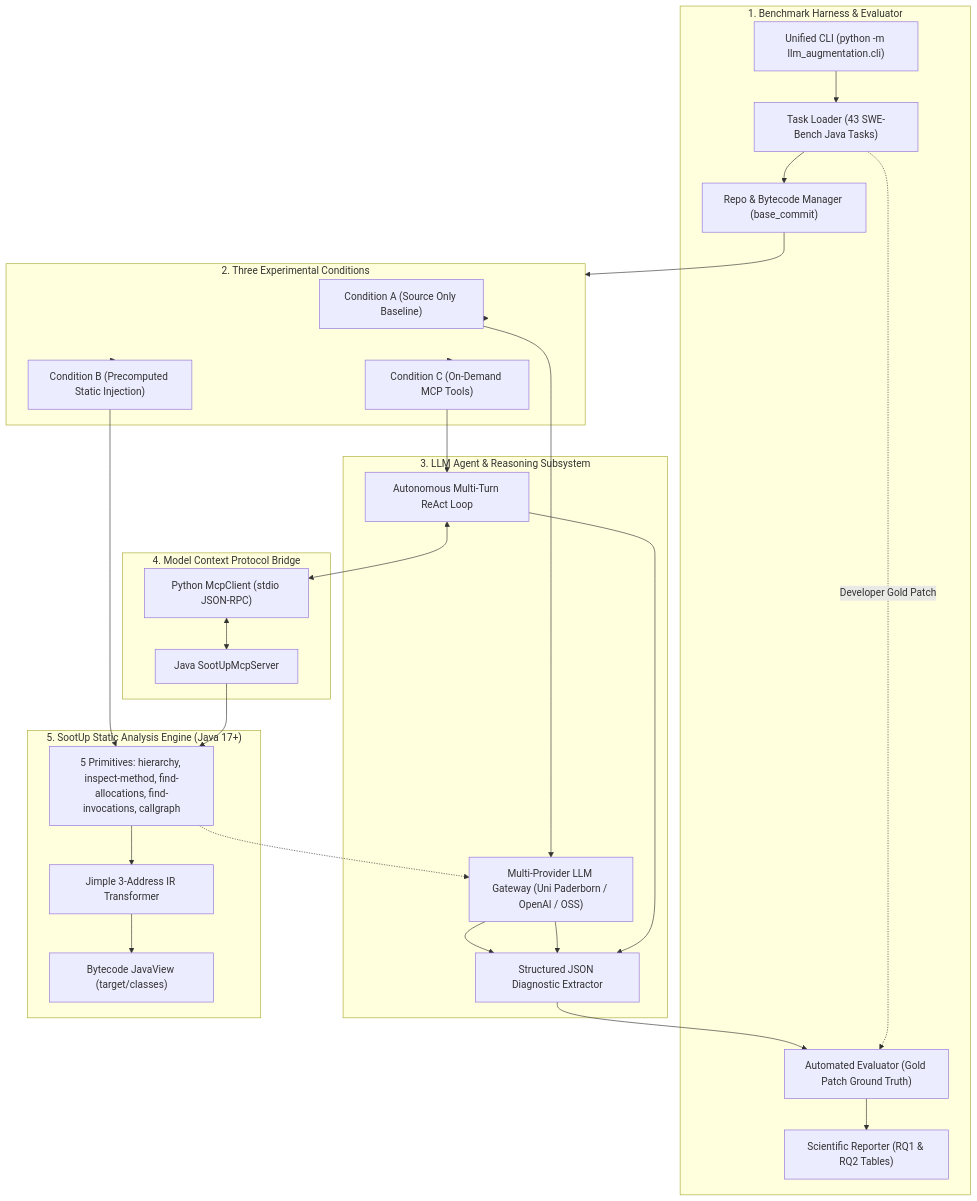
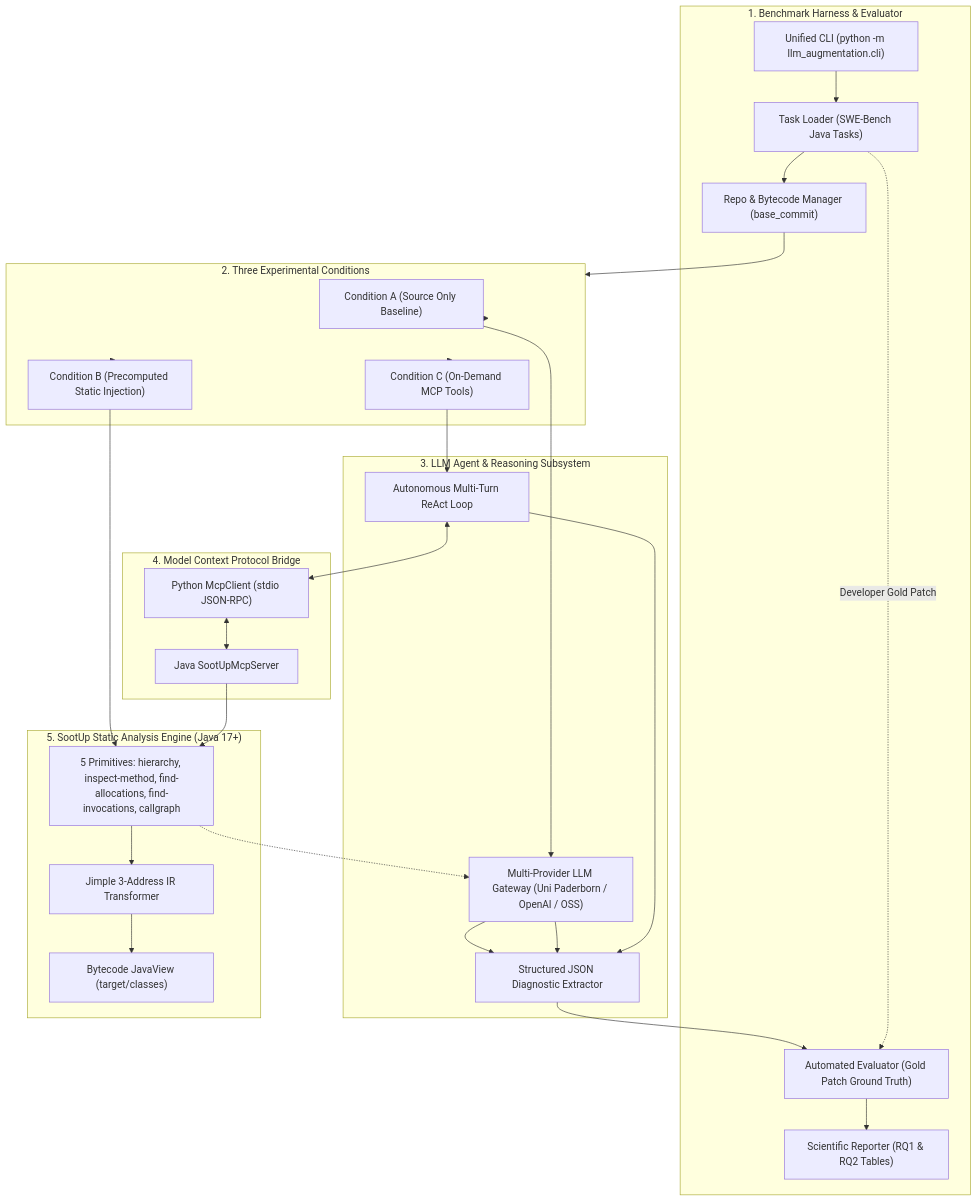
The diagram in README.md (theravirai/llm-augmentation), drawn with Mermaid before and after one commit. The commit also changed 1 other file, not shown here.

Commit message:
fix(repo): prioritize compiled workspace in RepoManager discovery
- Reorder KNOWN_WORKSPACE_ROOTS to prioritize swebench-java-evaluation/workspace
- Update task loader documentation in README

````diff
--- a/README.md
+++ b/README.md
@@ -17,49 +17,49 @@
 ```mermaid
 graph TB
     subgraph Benchmark_Harness["1. Benchmark Harness & Evaluator"]
         CLI["Unified CLI (python -m llm_augmentation.cli)"]
-        DatasetLoader["Task Loader (43 SWE-Bench Java Tasks)"]
+        DatasetLoader["Task Loader (SWE-Bench Java Tasks)"]
         RepoManager["Repo & Bytecode Manager (base_commit)"]
         EvalEngine["Automated Evaluator (Gold Patch Ground Truth)"]
         Reporter["Scientific Reporter (RQ1 & RQ2 Tables)"]
     end
 
     subgraph Condition_Router["2. Three Experimental Conditions"]
         CondA["Condition A (Source Only Baseline)"]
         CondB["Condition B (Precomputed Static Injection)"]
         CondC["Condition C (On-Demand MCP Tools)"]
     end
 
     subgraph LLM_Agent_System["3. LLM Agent & Reasoning Subsystem"]
         Gateway["Multi-Provider LLM Gateway (Uni Paderborn / OpenAI / OSS)"]
         ReActLoop["Autonomous Multi-Turn ReAct Loop"]
         DiagnosisParser["Structured JSON Diagnostic Extractor"]
     end
 
     subgraph MCP_Bridge["4. Model Context Protocol Bridge"]
         McpClient["Python McpClient (stdio JSON-RPC)"]
         McpServer["Java SootUpMcpServer"]
     end
 
     subgraph SootUp_Engine["5. SootUp Static Analysis Engine (Java 17+)"]
         BytecodeView["Bytecode JavaView (target/classes)"]
         JimpleIR["Jimple 3-Address IR Transformer"]
         Primitives["5 Primitives: hierarchy, inspect-method, find-allocations, find-invocations, callgraph"]
     end
 
     CLI --> DatasetLoader
     DatasetLoader --> RepoManager
     RepoManager --> Condition_Router
 
     Condition_Router --> CondA
     Condition_Router --> CondB
     Condition_Router --> CondC
 
     CondA --> Gateway --> DiagnosisParser
     CondB --> Primitives -.-> Gateway --> DiagnosisParser
     CondC --> ReActLoop <--> McpClient <--> McpServer --> Primitives --> JimpleIR --> BytecodeView
     ReActLoop --> DiagnosisParser
 
     DiagnosisParser --> EvalEngine
     DatasetLoader -.->|Developer Gold Patch| EvalEngine --> Reporter
 ```
````
